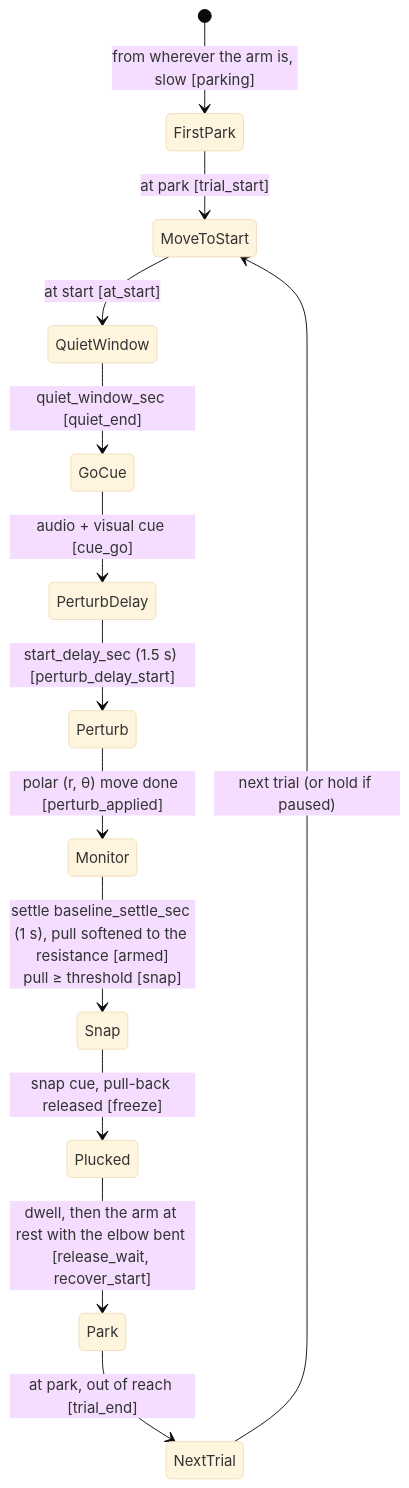
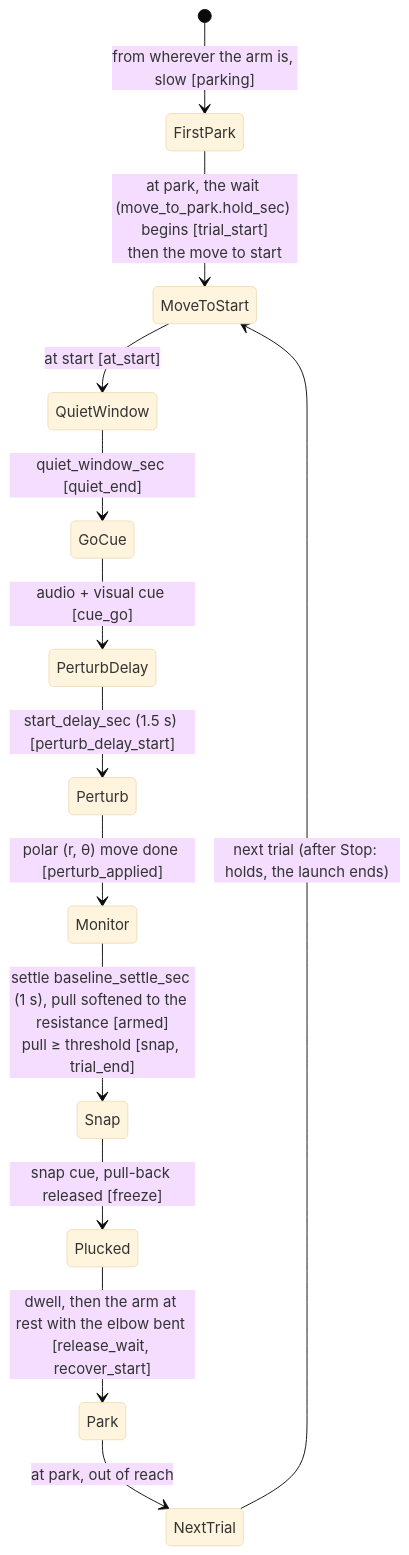
Before and after one commit to sinthlab/sinthlab-kuka-stack: the sixth of 9 diagrams in README.md, drawn with Mermaid (base theme). The commit also changed other lines of this file and 20 other files, not shown here.

Commit message:
change nsp sync trial start end

````diff
--- a/README.md
+++ b/README.md
@@ -1962,15 +1950,15 @@
 ```mermaid
 stateDiagram-v2
     [*] --> FirstPark : from wherever the arm is, slow [parking]
-    FirstPark --> MoveToStart : at park [trial_start]
+    FirstPark --> MoveToStart : at park, the wait (move_to_park.hold_sec) begins [trial_start]<br/>then the move to start
     MoveToStart --> QuietWindow : at start [at_start]
     QuietWindow --> GoCue : quiet_window_sec [quiet_end]
     GoCue --> PerturbDelay : audio + visual cue [cue_go]
     PerturbDelay --> Perturb : start_delay_sec (1.5 s) [perturb_delay_start]
     Perturb --> Monitor : polar (r, θ) move done [perturb_applied]
-    Monitor --> Snap : settle baseline_settle_sec (1 s), pull softened to the resistance [armed]<br/>pull ≥ threshold [snap]
+    Monitor --> Snap : settle baseline_settle_sec (1 s), pull softened to the resistance [armed]<br/>pull ≥ threshold [snap, trial_end]
     Snap --> Plucked : snap cue, pull-back released [freeze]
     Plucked --> Park : dwell, then the arm at rest with the elbow bent [release_wait, recover_start]
-    Park --> NextTrial : at park, out of reach [trial_end]
-    NextTrial --> MoveToStart : next trial (or hold if paused)
+    Park --> NextTrial : at park, out of reach
+    NextTrial --> MoveToStart : next trial (after Stop: holds, the launch ends)
 ```
````
